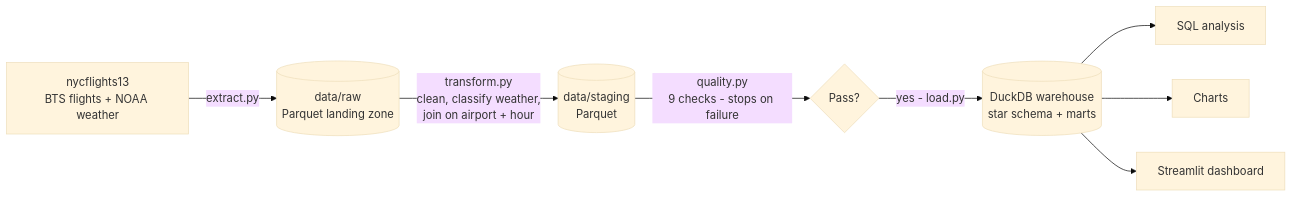
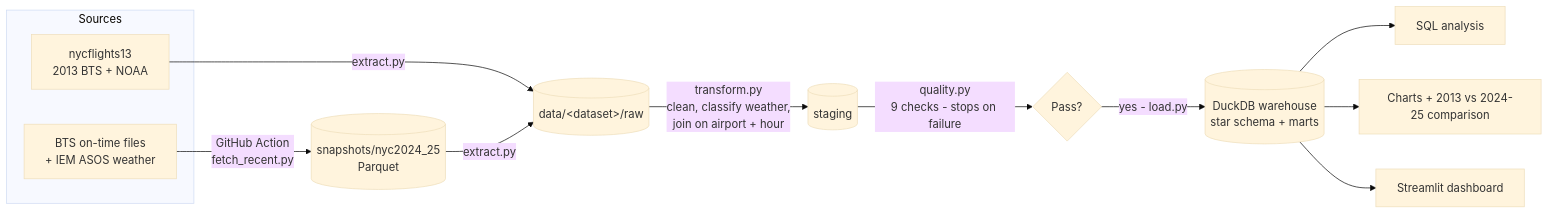
The diagram in README.md (bnabinsu-hash/weather-flight-delay-pipeline), drawn with Mermaid (base theme) before and after one commit. The commit also changed other lines of this file and 18 other files, not shown here.

Commit message:
Add 2024-2025 analysis: multi-dataset pipeline, BTS delay causes, 2013 comparison, dashboard dataset switch

````diff
--- a/README.md
+++ b/README.md
@@ -49,10 +103,16 @@
 ```mermaid
 flowchart LR
-    A[nycflights13<br/>BTS flights + NOAA weather] -->|extract.py| B[(data/raw<br/>Parquet landing zone)]
-    B -->|transform.py<br/>clean, classify weather,<br/>join on airport + hour| C[(data/staging<br/>Parquet)]
+    subgraph sources[Sources]
+        A1[nycflights13<br/>2013 BTS + NOAA]
+        A2[BTS on-time files<br/>+ IEM ASOS weather]
+    end
+    A2 -->|GitHub Action<br/>fetch_recent.py| S[(snapshots/nyc2024_25<br/>Parquet)]
+    A1 -->|extract.py| B[(data/&lt;dataset&gt;/raw)]
+    S -->|extract.py| B
+    B -->|transform.py<br/>clean, classify weather,<br/>join on airport + hour| C[(staging)]
     C -->|quality.py<br/>9 checks - stops on failure| D{Pass?}
     D -->|yes - load.py| E[(DuckDB warehouse<br/>star schema + marts)]
     E --> F[SQL analysis]
-    E --> G[Charts]
+    E --> G[Charts + 2013 vs 2024-25 comparison]
     E --> H[Streamlit dashboard]
 ```
````
